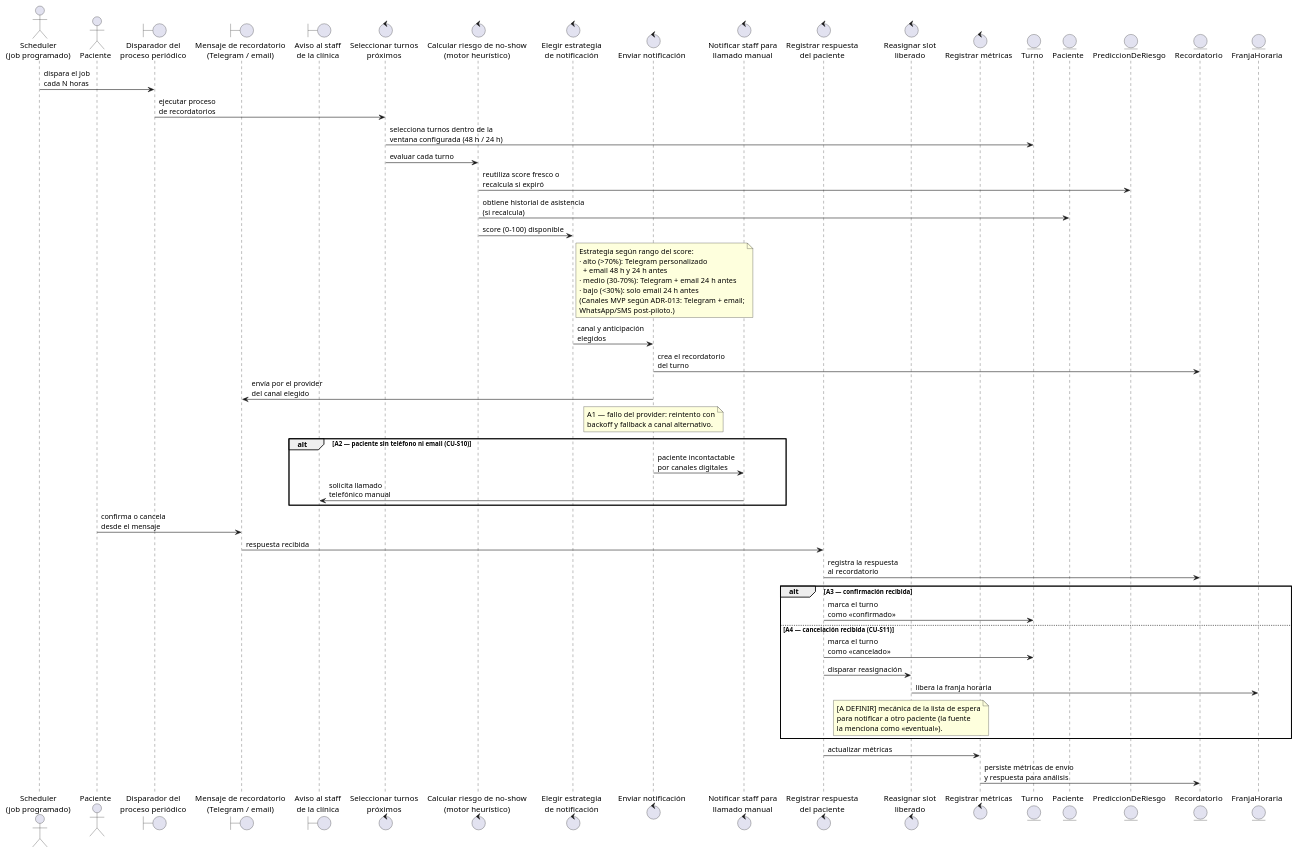
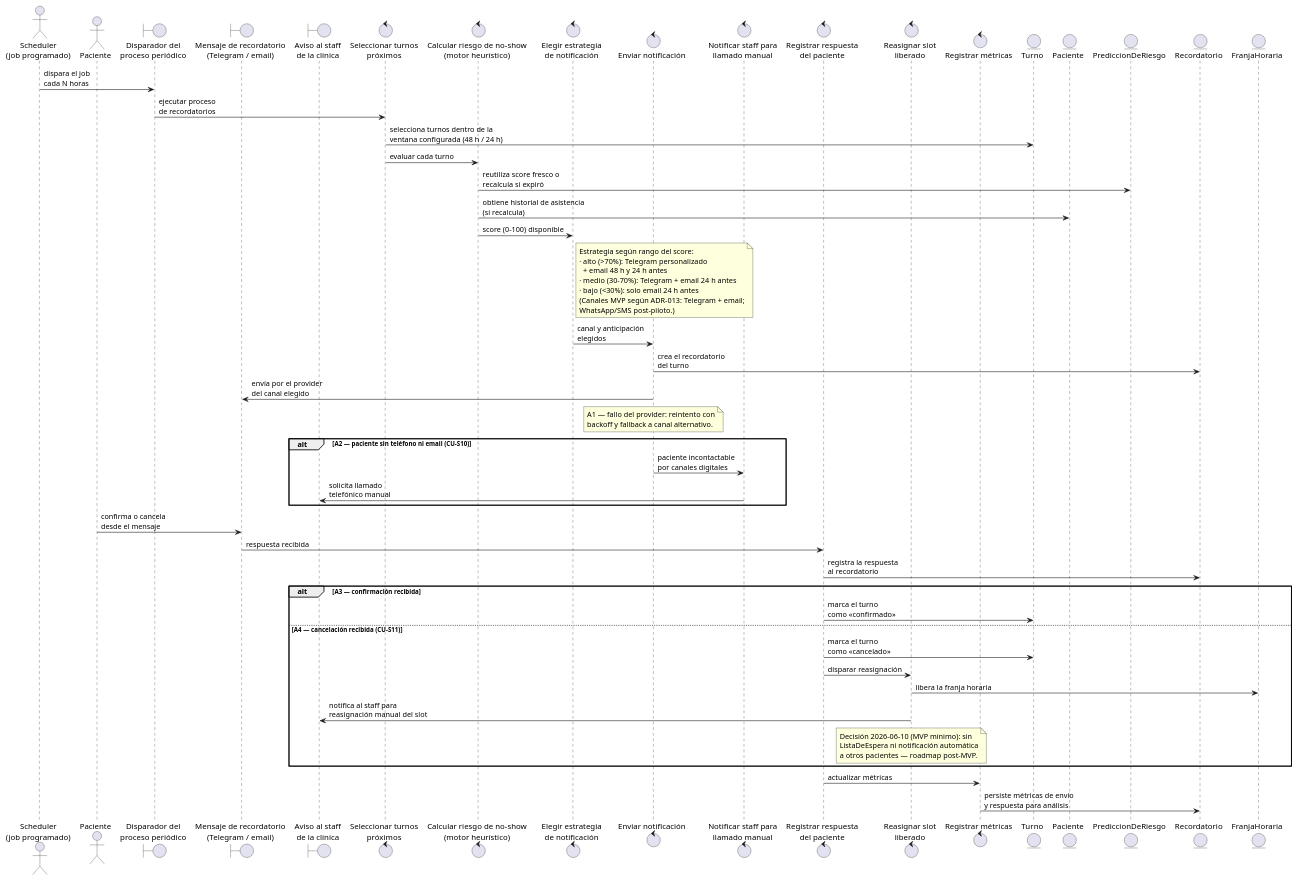
The diagram in seminario/iconix/diagramas/05-robustez-cu03.puml (JulianDeco/sist_clinica), drawn with PlantUML before and after one commit. The commit also changed 9 other files, not shown here.

Commit message:
docs(T-020): decisiones de negocio 2026-06-10 — cobertura sin imputación (advertencia), aviso a staff sin lista de espera, config solo ventanas, máquinas de estado Turno/Consulta separadas

```diff
--- a/seminario/iconix/diagramas/05-robustez-cu03.puml
+++ b/seminario/iconix/diagramas/05-robustez-cu03.puml
@@ -1,116 +1,117 @@
 @startuml robustez_CU03
 ' =====================================================================
 ' Diagrama de robustez ICONIX — CU-03 Calcular y notificar predicción
 ' de ausentismo
 ' Entrega T-020 — deliverable 6 · Seminario de Trabajo Final UAI 2026
 '
 ' Cubre: seminario/iconix/02-especificacion-casos-de-uso.md → sección CU-03
 '   (curso básico pasos 1–7, cursos alternos A1–A4) e incorpora los CU de
 '   soporte: CU-S05 (Calcular riesgo, <<include>>), CU-S06 (Enviar
 '   notificación, <<include>>), CU-S07 (Registrar respuesta del paciente),
 '   CU-S10 (Notificar staff, <<extend>>) y CU-S11 (Reasignar slot liberado).
 ' Entidades: tomadas 1:1 del modelo de dominio (02-dominio.puml).
 ' Boundaries: el Scheduler entra por el disparador del proceso periódico;
 '   el Paciente interactúa solo con el mensaje recibido (no opera el sistema).
 ' Canales de notificación: Telegram + email (MVP según ADR-013);
 '   WhatsApp/SMS quedan en roadmap post-piloto.
 '
 ' Trazabilidad curso básico → flechas:
 '   Paso 1 → Scheduler -> TRIG ; TRIG -> SEL
 '   Paso 2 → SEL -> TUR «selecciona turnos dentro de la ventana»
 '   Paso 3 → SEL -> RIESGO ; RIESGO -> PRED ; RIESGO -> PAC    (CU-S05)
 '   Paso 4 → RIESGO -> ESTR (+ nota con la estrategia por rango)
 '   Paso 5 → ESTR -> ENV ; ENV -> REC ; ENV -> MSG             (CU-S06)
 '   Paso 6 → Paciente -> MSG ; MSG -> RESP ; RESP -> REC ;
 '            RESP -> TUR                                        (CU-S07)
 '   Paso 7 → RESP -> MET ; MET -> REC «métricas de envío y respuesta»
 ' Cursos alternos:
 '   A1 → nota sobre ENV (reintento con backoff, fallback de canal)
 '   A2 → rama alt: ENV -> NSTAFF ; NSTAFF -> STAFF             (CU-S10)
 '   A3 → rama alt: RESP -> TUR «confirmado»
 '   A4 → rama alt: RESP -> TUR «cancelado» ; RESP -> REAS ;
-'        REAS -> FRA                                            (CU-S11)
+'        REAS -> FRA ; REAS -> STAFF                            (CU-S11)
 ' =====================================================================
 
 actor "Scheduler\n(job programado)" as Scheduler
 actor "Paciente" as PacienteActor
 boundary "Disparador del\nproceso periódico" as TRIG
 boundary "Mensaje de recordatorio\n(Telegram / email)" as MSG
 boundary "Aviso al staff\nde la clínica" as STAFF
 control "Seleccionar turnos\npróximos" as SEL
 control "Calcular riesgo de no-show\n(motor heurístico)" as RIESGO
 control "Elegir estrategia\nde notificación" as ESTR
 control "Enviar notificación" as ENV
 control "Notificar staff para\nllamado manual" as NSTAFF
 control "Registrar respuesta\ndel paciente" as RESP
 control "Reasignar slot\nliberado" as REAS
 control "Registrar métricas" as MET
 entity "Turno" as TUR
 entity "Paciente" as PAC
 entity "PrediccionDeRiesgo" as PRED
 entity "Recordatorio" as REC
 entity "FranjaHoraria" as FRA
 
 ' ----- Paso 1 -----
 Scheduler -> TRIG : dispara el job\ncada N horas
 TRIG -> SEL : ejecutar proceso\nde recordatorios
 
 ' ----- Paso 2 -----
 SEL -> TUR : selecciona turnos dentro de la\nventana configurada (48 h / 24 h)
 
 ' ----- Paso 3 (CU-S05, por cada turno) -----
 SEL -> RIESGO : evaluar cada turno
 RIESGO -> PRED : reutiliza score fresco o\nrecalcula si expiró
 RIESGO -> PAC : obtiene historial de asistencia\n(si recalcula)
 
 ' ----- Paso 4 -----
 RIESGO -> ESTR : score (0–100) disponible
 
 note right of ESTR
   Estrategia según rango del score:
   · alto (>70%): Telegram personalizado
     + email 48 h y 24 h antes
   · medio (30–70%): Telegram + email 24 h antes
   · bajo (<30%): solo email 24 h antes
   (Canales MVP según ADR-013: Telegram + email;
   WhatsApp/SMS post-piloto.)
 end note
 
 ' ----- Paso 5 (CU-S06) -----
 ESTR -> ENV : canal y anticipación\nelegidos
 ENV -> REC : crea el recordatorio\ndel turno
 ENV -> MSG : envía por el provider\ndel canal elegido
 
 note over ENV
   A1 — fallo del provider: reintento con
   backoff y fallback a canal alternativo.
 end note
 
 alt A2 — paciente sin teléfono ni email (CU-S10)
   ENV -> NSTAFF : paciente incontactable\npor canales digitales
   NSTAFF -> STAFF : solicita llamado\ntelefónico manual
 end
 
 ' ----- Paso 6 (CU-S07) -----
 PacienteActor -> MSG : confirma o cancela\ndesde el mensaje
 MSG -> RESP : respuesta recibida
 RESP -> REC : registra la respuesta\nal recordatorio
 
 alt A3 — confirmación recibida
   RESP -> TUR : marca el turno\ncomo «confirmado»
 else A4 — cancelación recibida (CU-S11)
   RESP -> TUR : marca el turno\ncomo «cancelado»
   RESP -> REAS : disparar reasignación
   REAS -> FRA : libera la franja horaria
+  REAS -> STAFF : notifica al staff para\nreasignación manual del slot
   note over REAS
-    [A DEFINIR] mecánica de la lista de espera
-    para notificar a otro paciente (la fuente
-    la menciona como «eventual»).
+    Decisión 2026-06-10 (MVP mínimo): sin
+    ListaDeEspera ni notificación automática
+    a otros pacientes — roadmap post-MVP.
   end note
 end
 
 ' ----- Paso 7 -----
 RESP -> MET : actualizar métricas
 MET -> REC : persiste métricas de envío\ny respuesta para análisis
 
 @enduml
```
